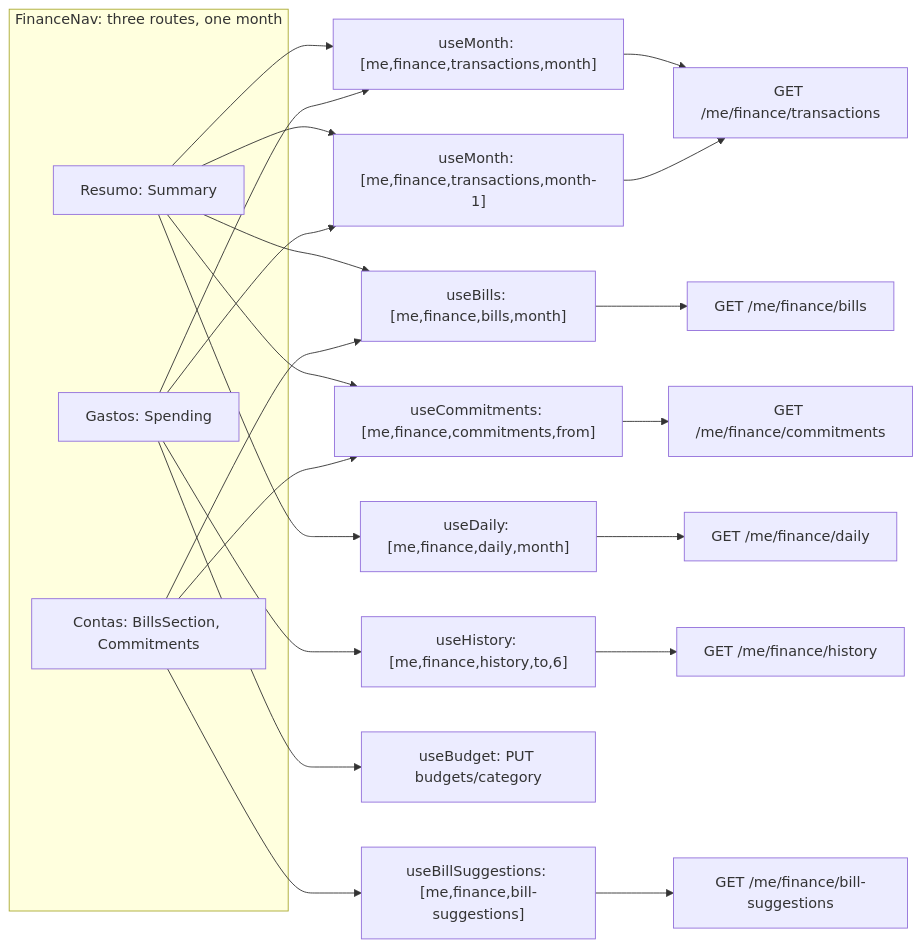
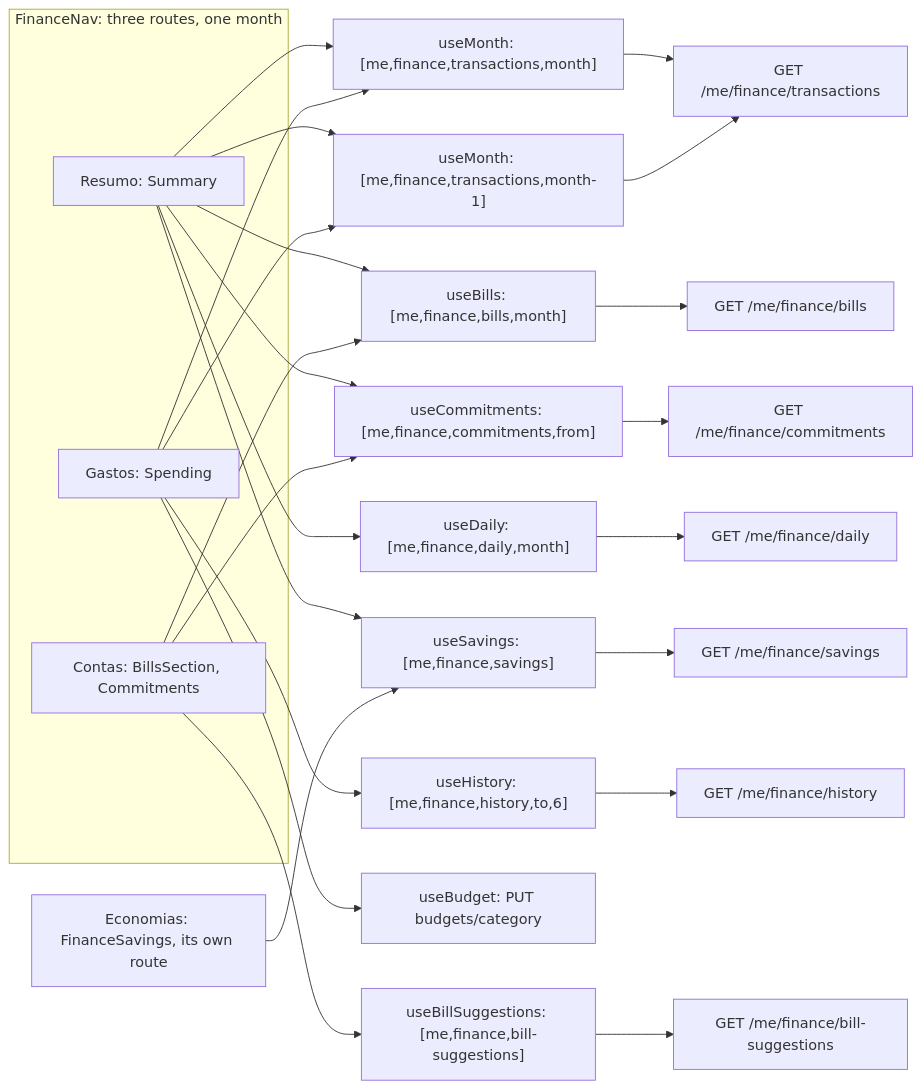
One commit to AbnerWillclefy/Homeowner changed the tenth of 13 diagrams in docs/architecture/web.md. Above: the diagram before and after it, drawn with Mermaid. The commit also changed other lines of this file, not shown here.

Commit message:
docs(architecture): describe Economias, the savings writes and the shell subpaths

````diff
--- a/docs/architecture/web.md
+++ b/docs/architecture/web.md
@@ -554,27 +558,30 @@
 ```mermaid
 flowchart LR
     subgraph views["FinanceNav: three routes, one month"]
         RES["Resumo: Summary"]
         GAS["Gastos: Spending"]
         CON["Contas: BillsSection, Commitments"]
     end
     RES --> M["useMonth: [me,finance,transactions,month]"]
     RES --> MP["useMonth: [me,finance,transactions,month-1]"]
     RES --> B["useBills: [me,finance,bills,month]"]
     RES --> C["useCommitments: [me,finance,commitments,from]"]
     RES --> D["useDaily: [me,finance,daily,month]"]
+    RES --> SV["useSavings: [me,finance,savings]"]
+    ECO["Economias: FinanceSavings, its own route"] --> SV
     GAS --> M
     GAS --> MP
     GAS --> H["useHistory: [me,finance,history,to,6]"]
     GAS --> BU["useBudget: PUT budgets/category"]
     CON --> B
     CON --> S["useBillSuggestions: [me,finance,bill-suggestions]"]
     CON --> C
     M --> API1["GET /me/finance/transactions"]
     MP --> API1
     B --> API2["GET /me/finance/bills"]
     C --> API3["GET /me/finance/commitments"]
     D --> API4["GET /me/finance/daily"]
     H --> API5["GET /me/finance/history"]
     S --> API6["GET /me/finance/bill-suggestions"]
+    SV --> API7["GET /me/finance/savings"]
 ```
````
